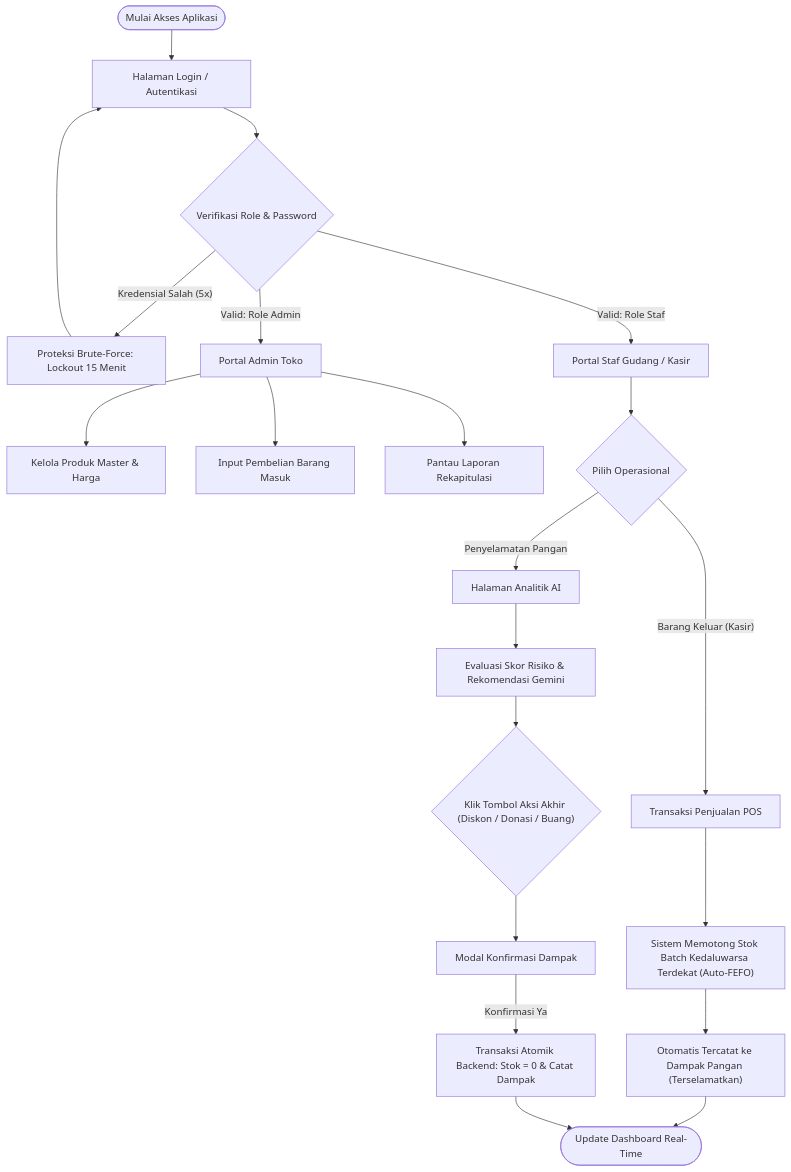
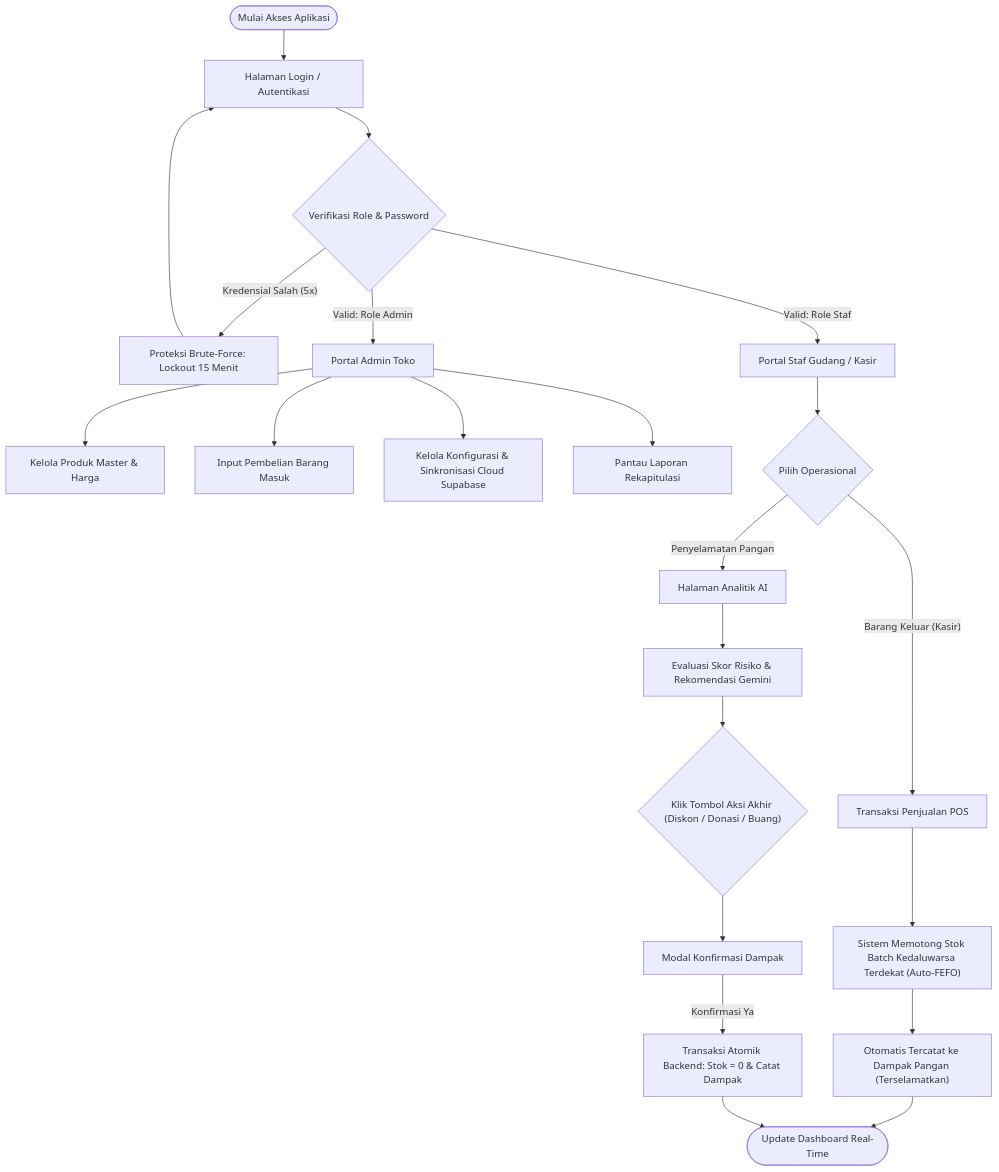
One commit to razifakhruddin9/freshlog-system changed the second of 2 diagrams in README.md. Above: the diagram before and after it, drawn with Mermaid. The commit also changed other lines of this file, not shown here.

Commit message:
docs: perbarui dokumentasi integrasi Supabase cloud, panduan setup, dan hak akses admin di README

````diff
--- a/README.md
+++ b/README.md
@@ -170,31 +179,32 @@
 ```mermaid
 flowchart TD
     Start(["Mulai Akses Aplikasi"]) --> Login["Halaman Login / Autentikasi"]
     Login --> AuthCheck{"Verifikasi Role & Password"}
     
     AuthCheck -- "Kredensial Salah (5x)" --> Lockout["Proteksi Brute-Force: Lockout 15 Menit"]
     Lockout --> Login
     
     AuthCheck -- "Valid: Role Admin" --> AdminPortal["Portal Admin Toko"]
     AuthCheck -- "Valid: Role Staf" --> StaffPortal["Portal Staf Gudang / Kasir"]
     
     %% Alur Admin
     AdminPortal --> MasterProduk["Kelola Produk Master & Harga"]
     AdminPortal --> BeliMasuk["Input Pembelian Barang Masuk"]
+    AdminPortal --> CloudSync["Kelola Konfigurasi & Sinkronisasi Cloud Supabase"]
     AdminPortal --> RekapLaporan["Pantau Laporan Rekapitulasi"]
     
     %% Alur Staf
     StaffPortal --> PilihanFitur{"Pilih Operasional"}
     PilihanFitur -- "Barang Keluar (Kasir)" --> TransaksiPOS["Transaksi Penjualan POS"]
     TransaksiPOS --> AutoFEFO["Sistem Memotong Stok Batch Kedaluwarsa Terdekat (Auto-FEFO)"]
     AutoFEFO --> SyncDampakJual["Otomatis Tercatat ke Dampak Pangan (Terselamatkan)"]
     
     PilihanFitur -- "Penyelamatan Pangan" --> AnalitikAI["Halaman Analitik AI"]
     AnalitikAI --> EvaluasiRisiko["Evaluasi Skor Risiko & Rekomendasi Gemini"]
     EvaluasiRisiko --> PilihAksi{"Klik Tombol Aksi Akhir (Diskon / Donasi / Buang)"}
     PilihAksi --> DialogKonfirm["Modal Konfirmasi Dampak"]
     DialogKonfirm -- "Konfirmasi Ya" --> AtomicAksi["Transaksi Atomik Backend: Stok = 0 & Catat Dampak"]
     
     SyncDampakJual --> Selesai(["Update Dashboard Real-Time"])
     AtomicAksi --> Selesai
 ```
````
